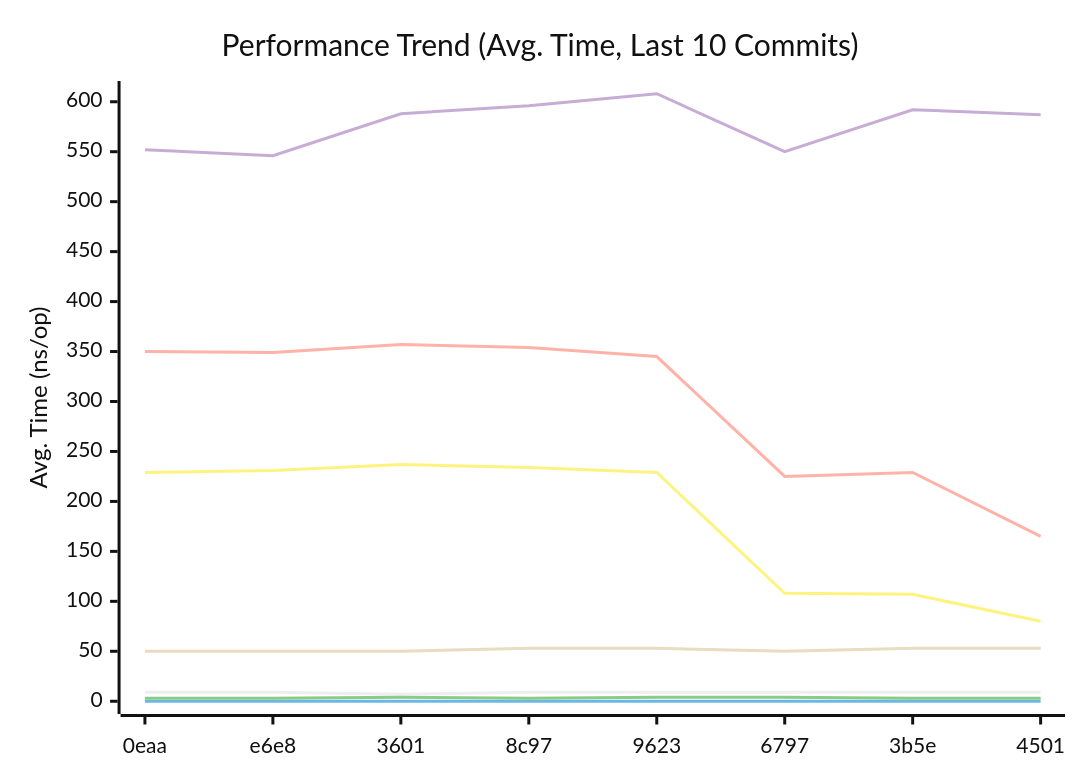
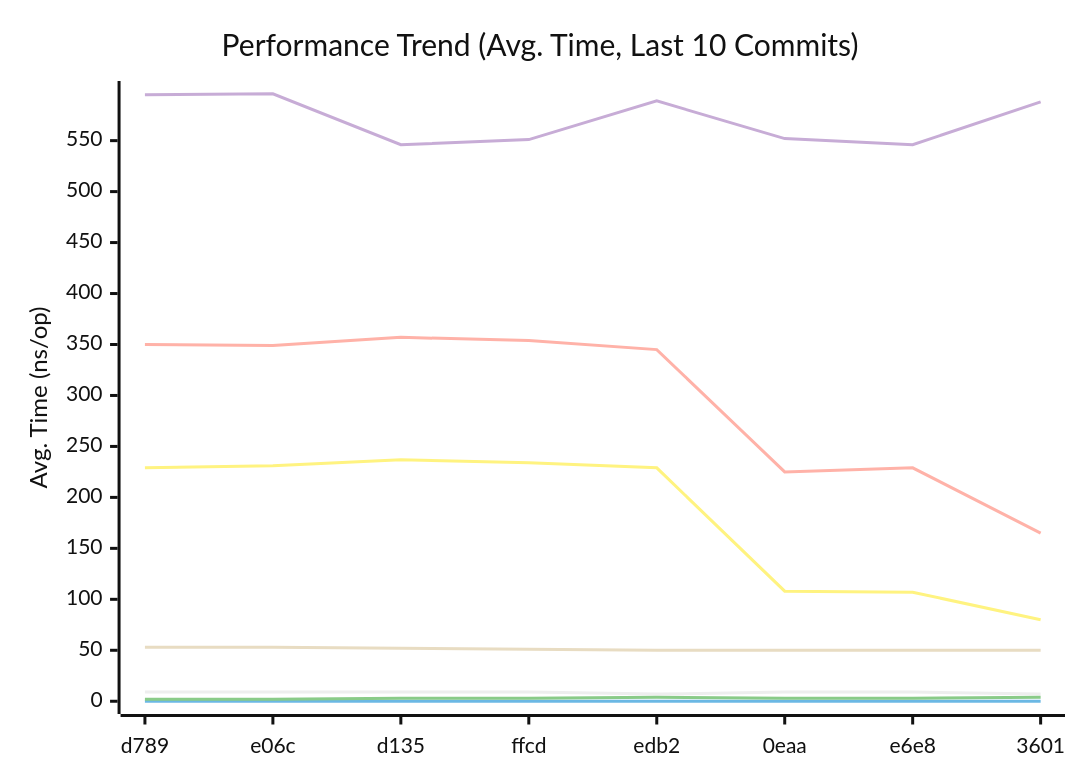
One commit to alsotoes/momo changed the first of 3 diagrams in docs/README.md. Above: the diagram before and after it, drawn with Mermaid (neutral theme). The commit also changed other lines of this file and 8 other files, not shown here.

````diff
--- a/docs/README.md
+++ b/docs/README.md
@@ -303,14 +303,14 @@
 ```mermaid
 xychart-beta
     title "Performance Trend (Avg. Time, Last 10 Commits)"
     x-axis "Commit"
     y-axis "Avg. Time (ns/op)"
-    x-axis [0eaa,e6e8,3601,8c97,9623,6797,3b5e,4501]
-    line "CheckMetricsAndSwap" [9,9,7,9,9,9,9,9,9,9]
+    x-axis [d789,e06c,d135,ffcd,edb2,0eaa,e6e8,3601]
+    line "CheckMetricsAndSwap" [9,9,9,9,7,9,9,7,9,9]
     line "IndexDirectTracking" [0,0,0,0,0,0,0,0,0,0]
-    line "IndexSearch" [3,3,4,3,4,4,3,3,2,3]
-    line "LoadGlobalConfig" [552,546,588,596,608,550,592,587,587,546]
-    line "PadString" [50,50,50,53,53,50,53,53,53,51]
+    line "IndexSearch" [2,2,3,3,4,3,3,4,3,4]
+    line "LoadGlobalConfig" [595,596,546,551,589,552,546,588,596,608]
+    line "PadString" [53,53,52,51,50,50,50,50,53,53]
     line "ParseReplicationOrder_NoPrealloc" [350,349,357,354,345,225,229,165,232,234]
     line "ParseReplicationOrder_Prealloc" [229,231,237,234,229,108,107,80,110,109]
 ```
````
